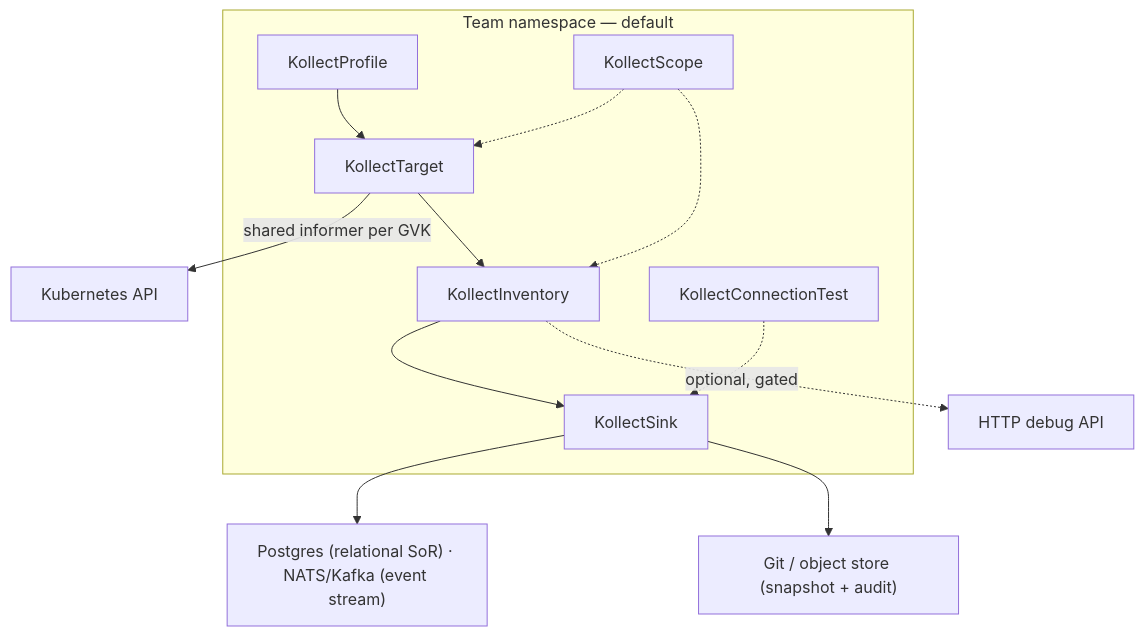
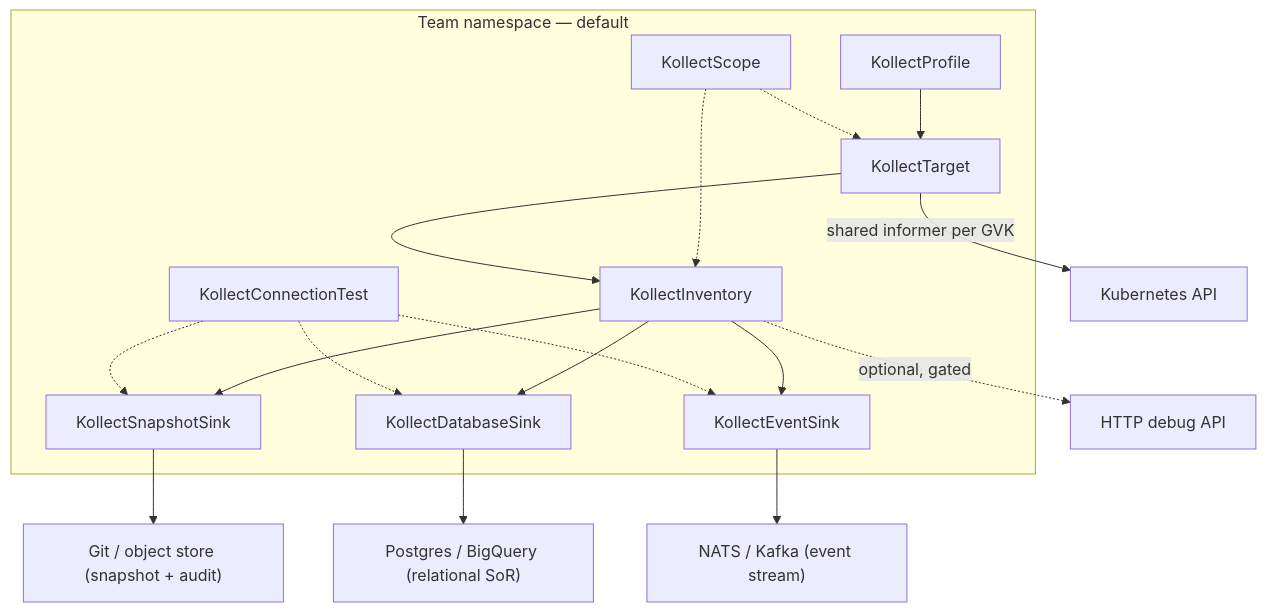
Before and after one commit to PlatformRelay/Kollect: the first of 2 diagrams in docs/ARCHITECTURE.md, drawn with Mermaid. The commit also changed other lines of this file and 8 other files, not shown here.

First line of the commit message:
:white_check_mark: test: cover sink family bindings and validation

````diff
--- a/docs/ARCHITECTURE.md
+++ b/docs/ARCHITECTURE.md
@@ -41,22 +41,29 @@
 ```mermaid
 flowchart TD
   subgraph teamNs [Team namespace — default]
     Profile["KollectProfile"]
-    Sink["KollectSink"]
+    Snap["KollectSnapshotSink"]
+    Db["KollectDatabaseSink"]
+    Ev["KollectEventSink"]
     Scope["KollectScope"]
     Target["KollectTarget"]
     Inv["KollectInventory"]
     ConnTest["KollectConnectionTest"]
   end
 
   Profile --> Target
   Scope -.-> Target
   Scope -.-> Inv
   Target -->|"shared informer per GVK"| K8s["Kubernetes API"]
   Target --> Inv
-  Inv --> Sink
-  ConnTest -.-> Sink
-  Sink --> DB["Postgres (relational SoR) · NATS/Kafka (event stream)"]
-  Sink --> Git["Git / object store (snapshot + audit)"]
+  Inv --> Snap
+  Inv --> Db
+  Inv --> Ev
+  ConnTest -.-> Snap
+  ConnTest -.-> Db
+  ConnTest -.-> Ev
+  Db --> DB["Postgres / BigQuery (relational SoR)"]
+  Ev --> Stream["NATS / Kafka (event stream)"]
+  Snap --> Git["Git / object store (snapshot + audit)"]
   Inv -.->|"optional, gated"| HTTP["HTTP debug API"]
 ```
````
